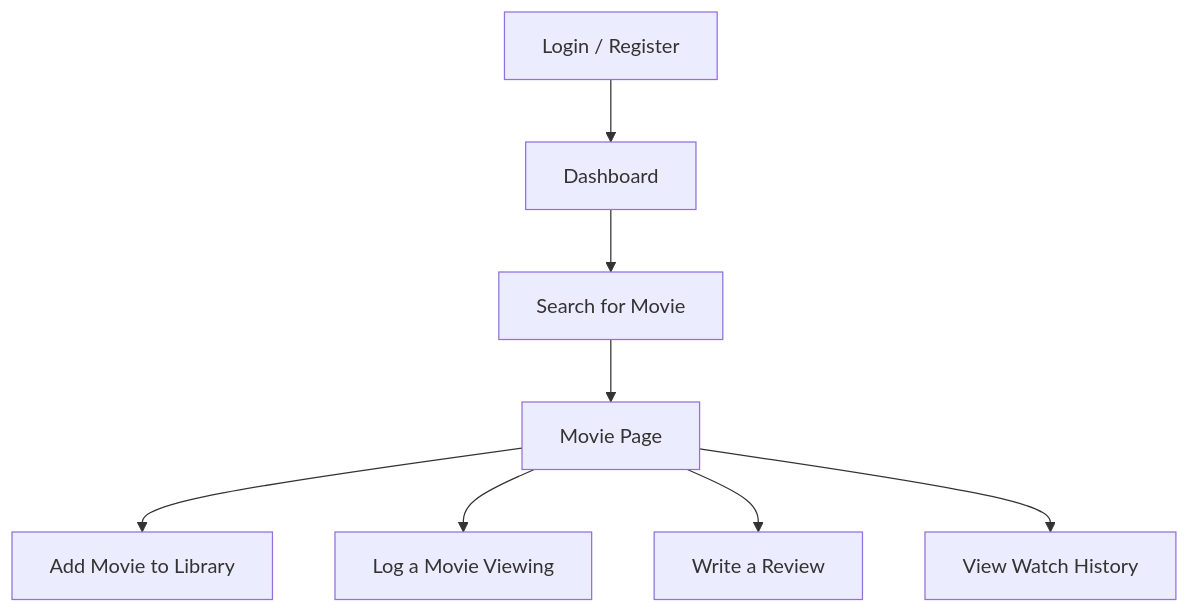
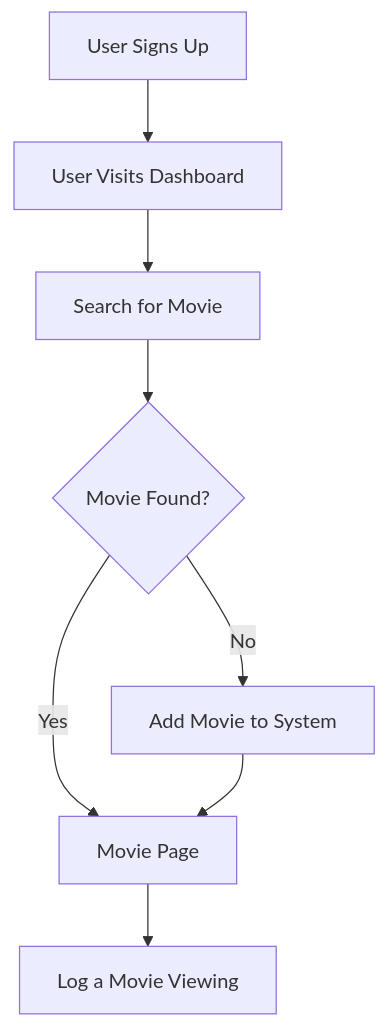
Before and after one commit to CampbellJGilpin/MovieLogger: the second of 2 diagrams in README.md, drawn with Mermaid. The commit also changed other lines of this file and 77 other files, not shown here.

````diff
--- a/README.md
+++ b/README.md
@@ -816,10 +751,11 @@
 ```mermaid
 flowchart TD
-    A[Login / Register] --> B[Dashboard]
+    A[User Signs Up] 
+    --> B[User Visits Dashboard]
     B --> C[Search for Movie]
-    C --> D[Movie Page]
-    D --> E[Add Movie to Library]
-    D --> F[Log a Movie Viewing]
-    D --> G[Write a Review]
-    D --> H[View Watch History]
+    C --> D{Movie Found?}
+    D -- Yes --> E[Movie Page]
+    E --> F[Log a Movie Viewing]
+    D -- No --> G[Add Movie to System]
+    G --> E
 ```
````
